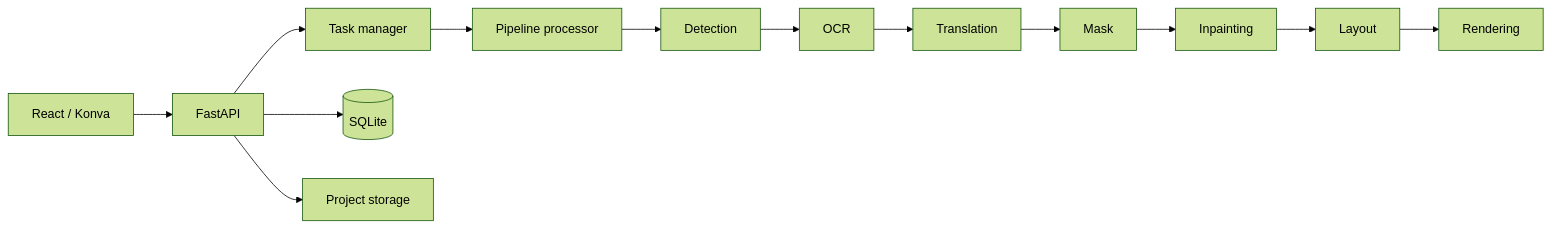
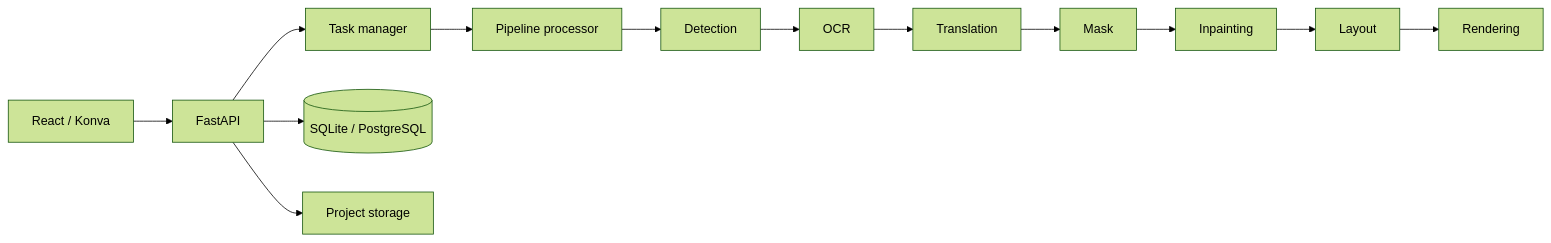
The diagram in docs/architecture.md (ALittlePandaMan/MangaFlow), drawn with Mermaid (forest theme) before and after one commit. The commit also changed other lines of this file and 236 other files, not shown here.

````diff
--- a/docs/architecture.md
+++ b/docs/architecture.md
@@ -30,15 +30,15 @@
 ```mermaid
 flowchart LR
   UI[React / Konva] --> API[FastAPI]
   API --> TASK[Task manager]
   TASK --> PIPE[Pipeline processor]
   PIPE --> DET[Detection]
   DET --> OCR[OCR]
   OCR --> TRANS[Translation]
   TRANS --> MASK[Mask]
   MASK --> INPAINT[Inpainting]
   INPAINT --> LAYOUT[Layout]
   LAYOUT --> RENDER[Rendering]
-  API --> DB[(SQLite)]
+  API --> DB[(SQLite / PostgreSQL)]
   API --> STORE[Project storage]
 ```
````
